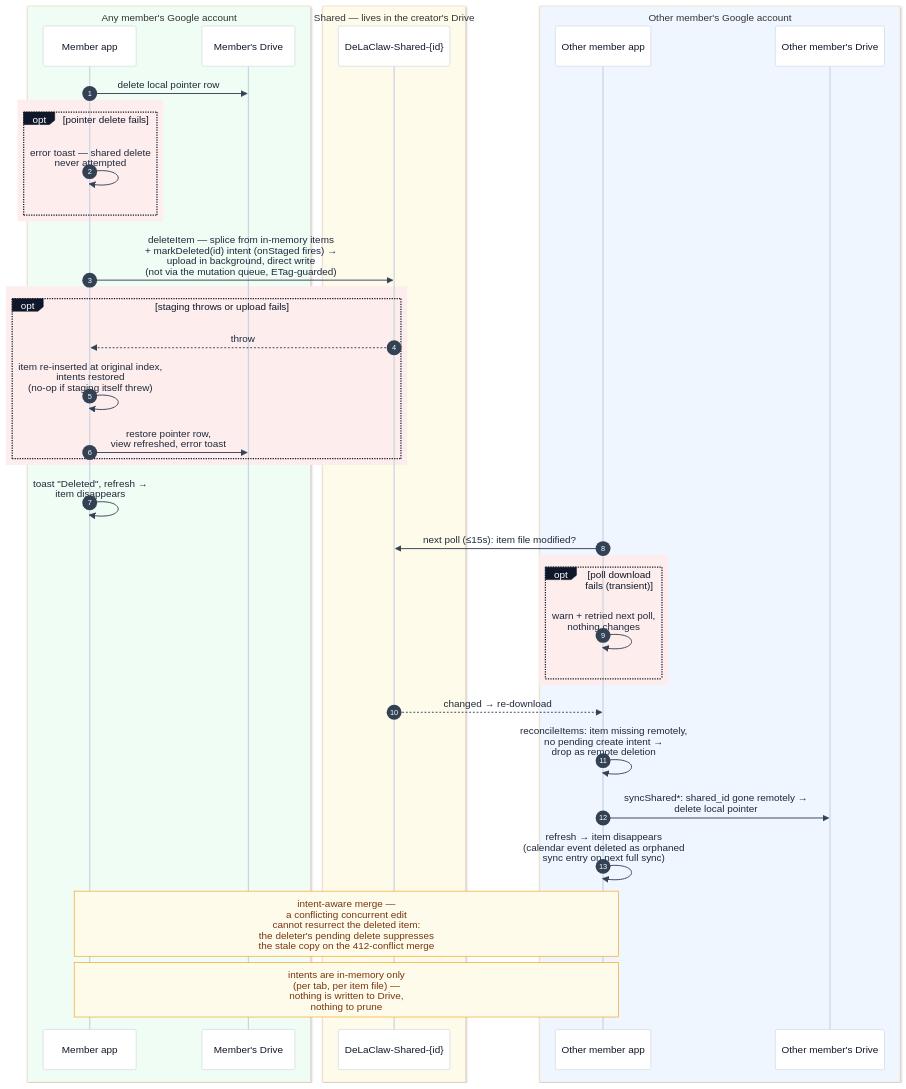
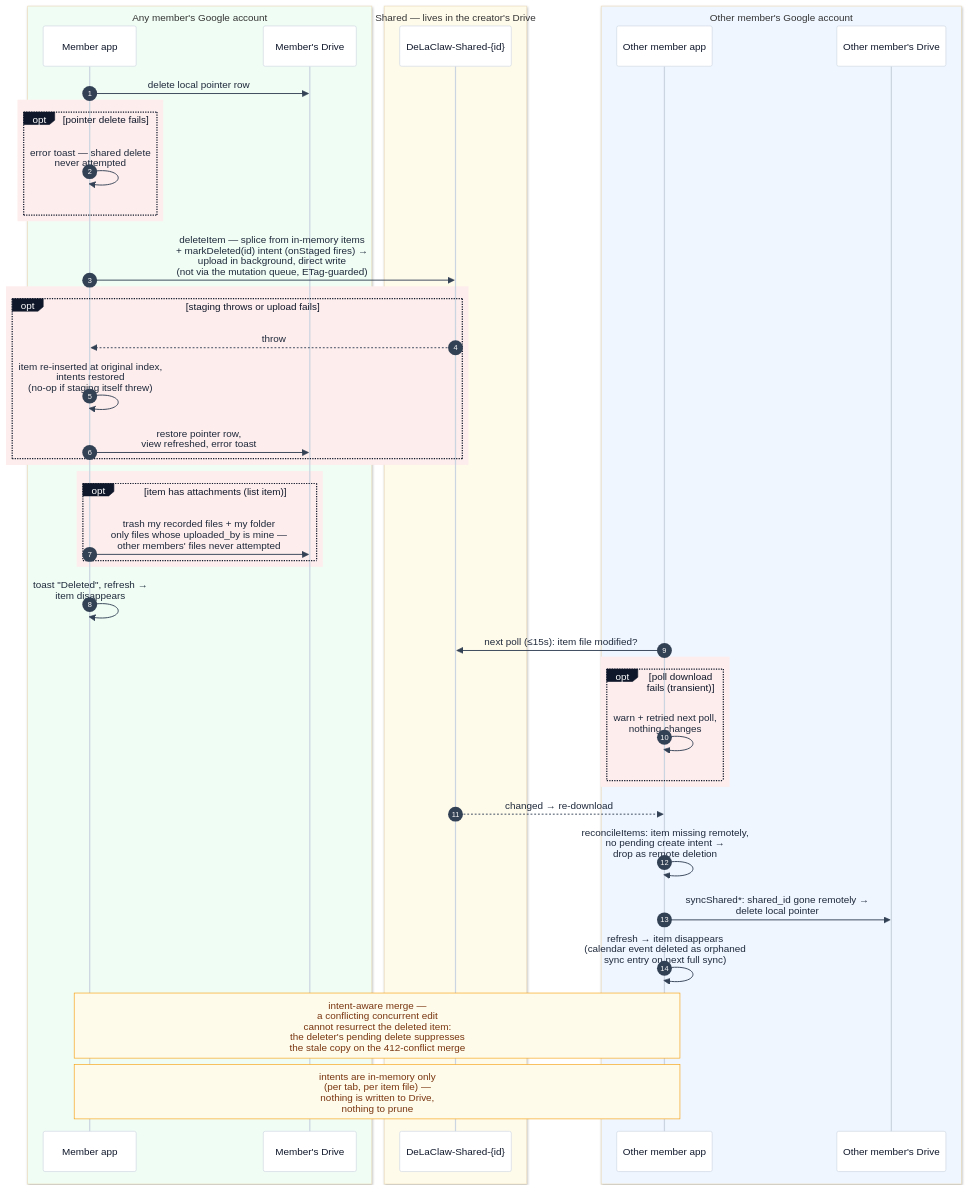
Before and after one commit to AntGro/DeLaClaw: the eighth of 14 diagrams in docs-site/sharing.md, drawn with Mermaid. The commit also changed other lines of this file and 96 other files, not shown here.

````diff
--- a/docs-site/sharing.md
+++ b/docs-site/sharing.md
@@ -372,44 +396,49 @@
 ```mermaid
 %%{init: {'theme': 'base', 'themeVariables': {'background': '#fbfaf8', 'actorBkg': '#ffffff', 'actorBorder': '#cbd5e1', 'actorTextColor': '#0f172a', 'actorLineColor': '#cbd5e1', 'signalColor': '#334155', 'signalTextColor': '#1e293b', 'noteBkgColor': '#fffbeb', 'noteBorderColor': '#f59e0b', 'noteTextColor': '#78350f', 'labelBoxBkgColor': '#0f172a', 'labelBoxBorderColor': '#0f172a', 'labelTextColor': '#ffffff'}}}%%
 sequenceDiagram
     autonumber
     box rgb(240,253,244) Any member's Google account
     participant MA as Member app
     participant MD as Member's Drive
     end
     box rgb(255,251,235) Shared — lives in the creator's Drive
     participant SF as DeLaClaw-Shared-{id}
     end
     box rgb(239,246,255) Other member's Google account
     participant OA as Other member app
     participant OD as Other member's Drive
     end
 
     MA->>MD: delete local pointer row
     rect rgb(253, 237, 236)
     opt pointer delete fails
         MA->>MA: error toast — shared delete<br/>never attempted
     end
     end
     MA->>SF: deleteItem — splice from in-memory items<br/>+ markDeleted(id) intent (onStaged fires) →<br/>upload in background, direct write<br/>(not via the mutation queue, ETag-guarded)
     rect rgb(253, 237, 236)
     opt staging throws or upload fails
         SF-->>MA: throw
         MA->>MA: item re-inserted at original index,<br/>intents restored<br/>(no-op if staging itself threw)
         MA->>MD: restore pointer row,<br/>view refreshed, error toast
     end
     end
+    rect rgb(253, 237, 236)
+    opt item has attachments (list item)
+        MA->>MD: trash my recorded files + my folder<br/>only files whose uploaded_by is mine —<br/>other members' files never attempted
+    end
+    end
     MA->>MA: toast "Deleted", refresh →<br/>item disappears
     OA->>SF: next poll (≤15s): item file modified?
     rect rgb(253, 237, 236)
     opt poll download fails (transient)
         OA->>OA: warn + retried next poll,<br/>nothing changes
     end
     end
     SF-->>OA: changed → re-download
     OA->>OA: reconcileItems: item missing remotely,<br/>no pending create intent →<br/>drop as remote deletion
     OA->>OD: syncShared*: shared_id gone remotely →<br/>delete local pointer
     OA->>OA: refresh → item disappears<br/>(calendar event deleted as orphaned<br/>sync entry on next full sync)
     Note over MA,OA: intent-aware merge —<br/>a conflicting concurrent edit<br/>cannot resurrect the deleted item:<br/>the deleter's pending delete suppresses<br/>the stale copy on the 412-conflict merge
     Note over MA,OA: intents are in-memory only<br/>(per tab, per item file) —<br/>nothing is written to Drive,<br/>nothing to prune
 ```
````
